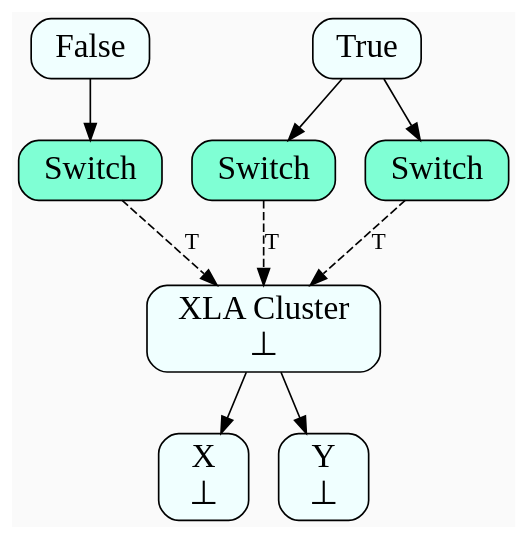
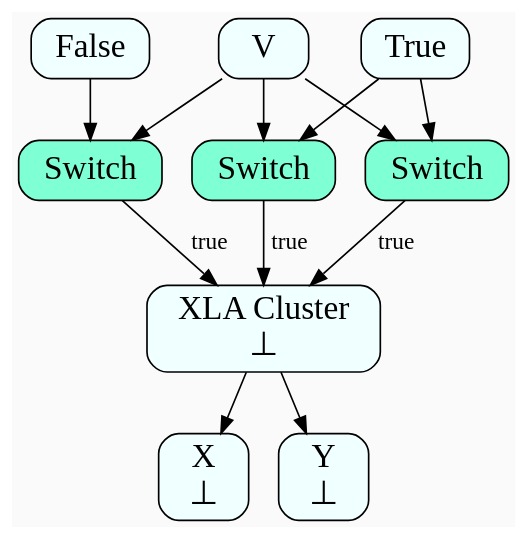
Before and after one commit to sanjoy/auto-clustering-presentation: the diagram in zombie-nodes-b.dot, drawn with Graphviz. The commit also changed 14 other files, not shown here.

```diff
--- a/zombie-nodes-b.dot
+++ b/zombie-nodes-b.dot
@@ -1,22 +1,26 @@
 digraph {
   graph[bgcolor=gray98,compound=true]
   node[fontsize=20,shape=box,fillcolor=azure, style="filled,rounded"]
 
   False -> Switch0
   True -> Switch1
   True -> Switch2
   
   Switch0[fillcolor=aquamarine,label="Switch"]
   Switch1[fillcolor=aquamarine,label="Switch"]
   Switch2[fillcolor=aquamarine,label="Switch"]
 
   XLA[label="XLA Cluster\n⊥"]
   X[label="X\n⊥"]
   Y[label="Y\n⊥"]
 
-  Switch0 -> XLA[label="T",style=dashed]
-  Switch1 -> XLA[label="T",style=dashed]
-  Switch2 -> XLA[label="T",style=dashed]
+  V -> Switch0
+  V -> Switch1
+  V -> Switch2
+
+  Switch0 -> XLA[label="true"]
+  Switch1 -> XLA[label="true"]
+  Switch2 -> XLA[label="true"]
   XLA -> X
   XLA -> Y
 }
```
